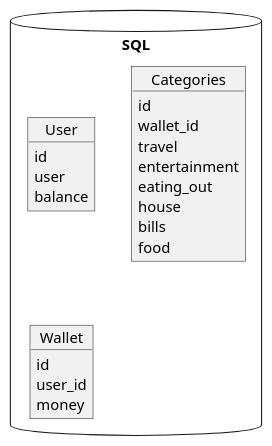
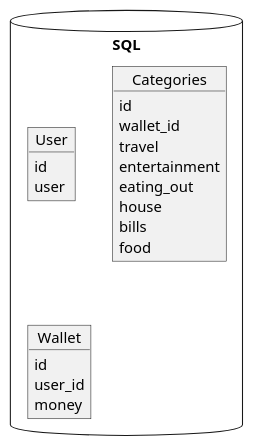
Before and after one commit to MechaProgrammer/programmable-web-2019: the diagram in docs/diagrams/basebaseModels.wsd, drawn with PlantUML. The commit also changed 2 other files, not shown here.

Commit message:
diagram update, new db table

```diff
--- a/docs/diagrams/basebaseModels.wsd
+++ b/docs/diagrams/basebaseModels.wsd
@@ -1,24 +1,23 @@
 @startuml
 database "SQL" {
   object User {
 	id
 	user
-	balance
   }
   object Categories {
-	id
+    id
 	wallet_id
 	travel
 	entertainment
 	eating_out
 	house
 	bills
 	food
   }
   object Wallet {
     id
     user_id
     money
   }
 }
 @enduml
```
